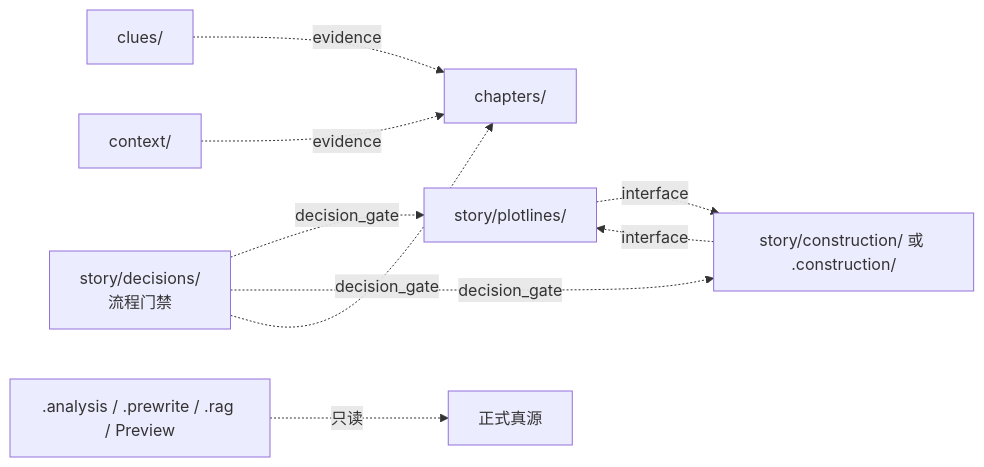
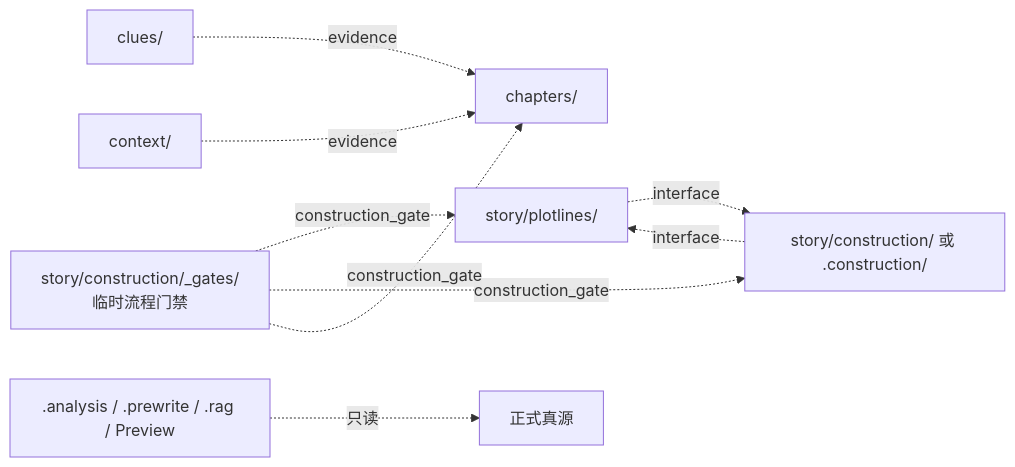
The second of 3 diagrams in REFERENCES.md (zevwings/story-stars), drawn with Mermaid before and after one commit. The commit also changed other lines of this file and 128 other files, not shown here.

````diff
--- a/REFERENCES.md
+++ b/REFERENCES.md
@@ -64,20 +64,20 @@
 ```mermaid
 flowchart LR
     Plotline["story/plotlines/"]
     Construction["story/construction/ 或 .construction/"]
     Chapter["chapters/"]
     Clue["clues/"]
     Context["context/"]
-    Decision["story/decisions/<br/>流程门禁"]
+    Gate["story/construction/_gates/<br/>临时流程门禁"]
     Formal["正式真源"]
     Derived[".analysis / .prewrite / .rag / Preview"]
 
     Plotline -. "interface" .-> Construction
     Construction -. "interface" .-> Plotline
     Clue -. "evidence" .-> Chapter
     Context -. "evidence" .-> Chapter
-    Decision -. "decision_gate" .-> Plotline
-    Decision -. "decision_gate" .-> Construction
-    Decision -. "decision_gate" .-> Chapter
+    Gate -. "construction_gate" .-> Plotline
+    Gate -. "construction_gate" .-> Construction
+    Gate -. "construction_gate" .-> Chapter
     Derived -. "只读" .-> Formal
 ```
````
